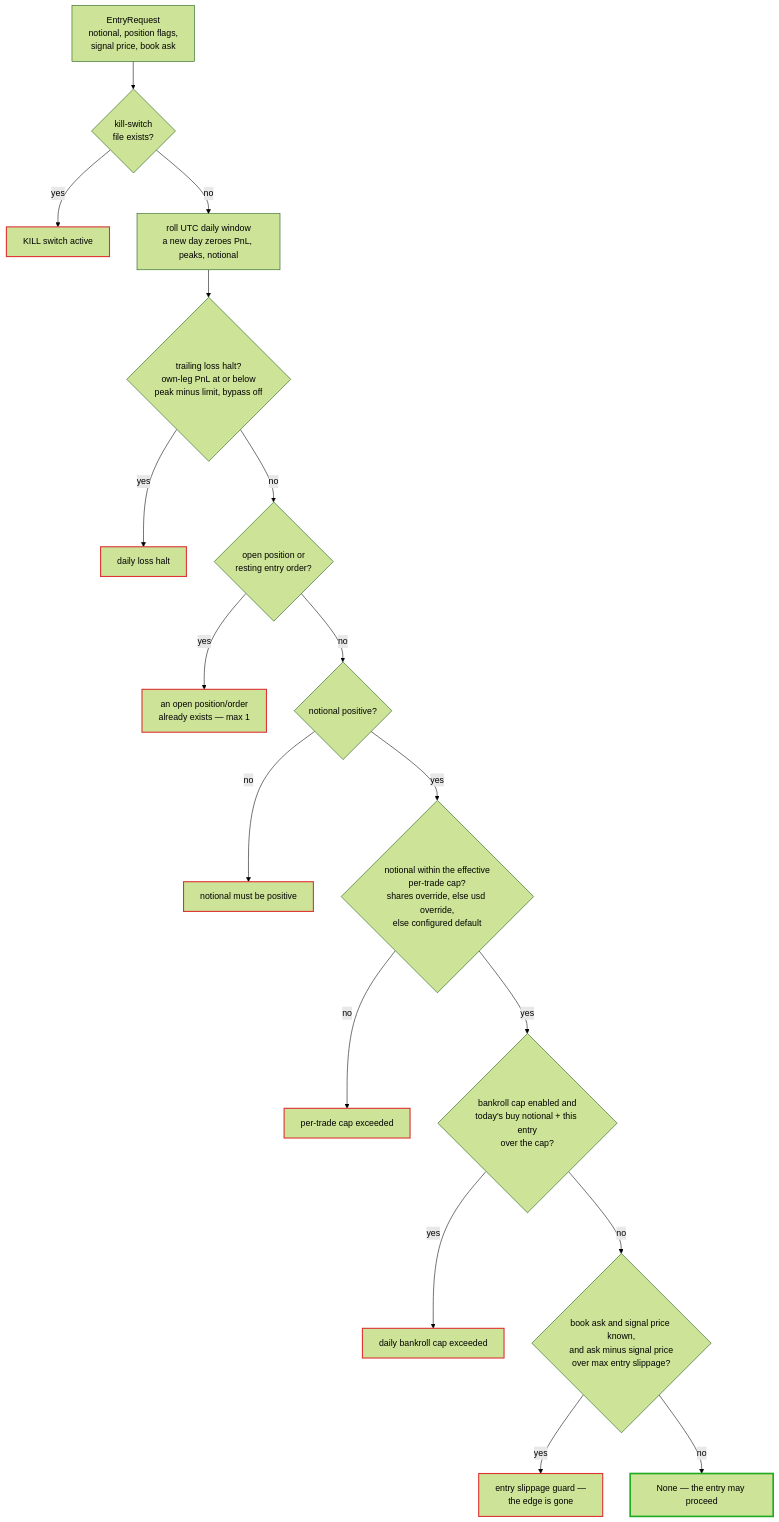
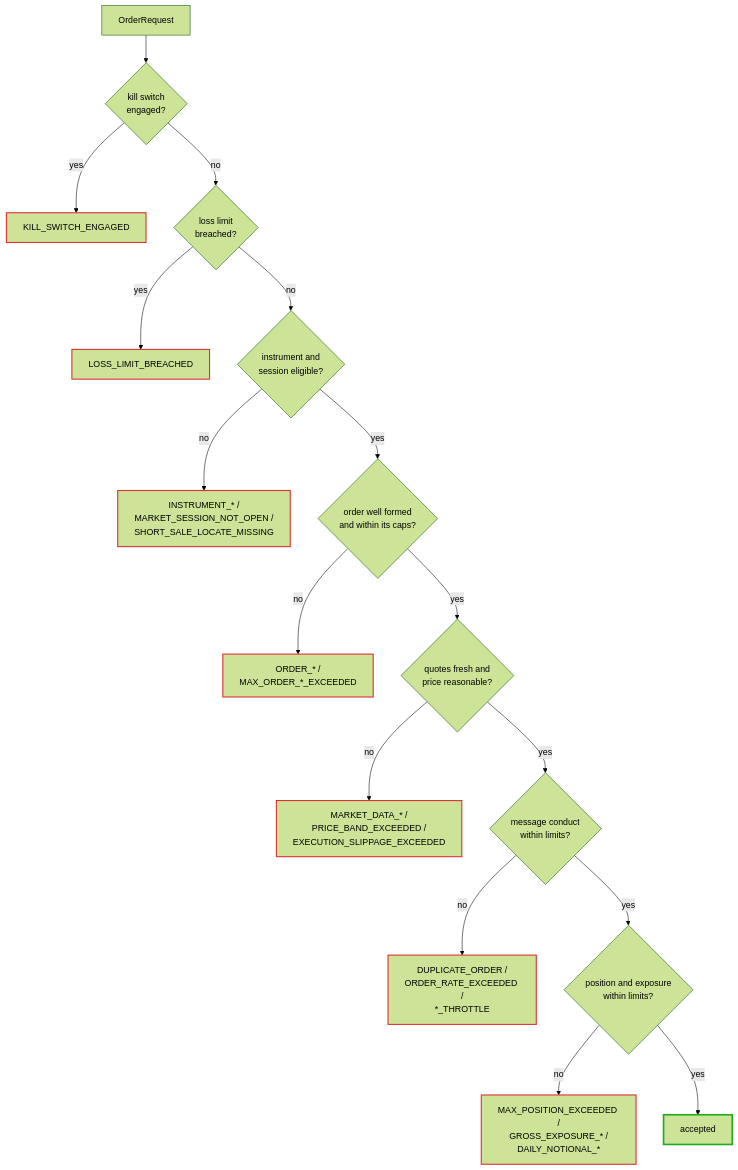
One commit to zayansalman/pretrade-risk-controls changed the second of 3 diagrams in README.md. Above: the diagram before and after it, drawn with Mermaid (forest theme). The commit also changed other lines of this file and 23 other files, not shown here.

````diff
--- a/README.md
+++ b/README.md
@@ -97,23 +261,22 @@
 ```mermaid
 flowchart TD
-    REQ["EntryRequest<br/>notional, position flags,<br/>signal price, book ask"] --> KS{"kill-switch<br/>file exists?"}
-    KS -- yes --> B1["KILL switch active"]
-    KS -- no --> ROLL["roll UTC daily window<br/>a new day zeroes PnL, peaks, notional"]
-    ROLL --> LH{"trailing loss halt?<br/>own-leg PnL at or below<br/>peak minus limit, bypass off"}
-    LH -- yes --> B2["daily loss halt"]
-    LH -- no --> OP{"open position or<br/>resting entry order?"}
-    OP -- yes --> B3["an open position/order<br/>already exists — max 1"]
-    OP -- no --> PN{"notional positive?"}
-    PN -- no --> B4["notional must be positive"]
-    PN -- yes --> TC{"notional within the effective<br/>per-trade cap?<br/>shares override, else usd override,<br/>else configured default"}
-    TC -- no --> B5["per-trade cap exceeded"]
-    TC -- yes --> BC{"bankroll cap enabled and<br/>today's buy notional + this entry<br/>over the cap?"}
-    BC -- yes --> B6["daily bankroll cap exceeded"]
-    BC -- no --> SG{"book ask and signal price known,<br/>and ask minus signal price<br/>over max entry slippage?"}
-    SG -- yes --> B7["entry slippage guard —<br/>the edge is gone"]
-    SG -- no --> OK["None — the entry may proceed"]
+    REQ["OrderRequest"] --> A{"kill switch<br/>engaged?"}
+    A -- yes --> RJ1["KILL_SWITCH_ENGAGED"]
+    A -- no --> B{"loss limit<br/>breached?"}
+    B -- yes --> RJ2["LOSS_LIMIT_BREACHED"]
+    B -- no --> C{"instrument and<br/>session eligible?"}
+    C -- no --> RJ3["INSTRUMENT_* /<br/>MARKET_SESSION_NOT_OPEN /<br/>SHORT_SALE_LOCATE_MISSING"]
+    C -- yes --> D{"order well formed<br/>and within its caps?"}
+    D -- no --> RJ4["ORDER_* /<br/>MAX_ORDER_*_EXCEEDED"]
+    D -- yes --> E{"quotes fresh and<br/>price reasonable?"}
+    E -- no --> RJ5["MARKET_DATA_* /<br/>PRICE_BAND_EXCEEDED /<br/>EXECUTION_SLIPPAGE_EXCEEDED"]
+    E -- yes --> F{"message conduct<br/>within limits?"}
+    F -- no --> RJ6["DUPLICATE_ORDER /<br/>ORDER_RATE_EXCEEDED /<br/>*_THROTTLE"]
+    F -- yes --> G{"position and exposure<br/>within limits?"}
+    G -- no --> RJ7["MAX_POSITION_EXCEEDED /<br/>GROSS_EXPOSURE_* /<br/>DAILY_NOTIONAL_*"]
+    G -- yes --> OK["accepted"]
     classDef blocked stroke:#d33,stroke-width:2px
     classDef pass stroke:#2a2,stroke-width:3px
-    class B1,B2,B3,B4,B5,B6,B7 blocked
+    class RJ1,RJ2,RJ3,RJ4,RJ5,RJ6,RJ7 blocked
     class OK pass
 ```
````
